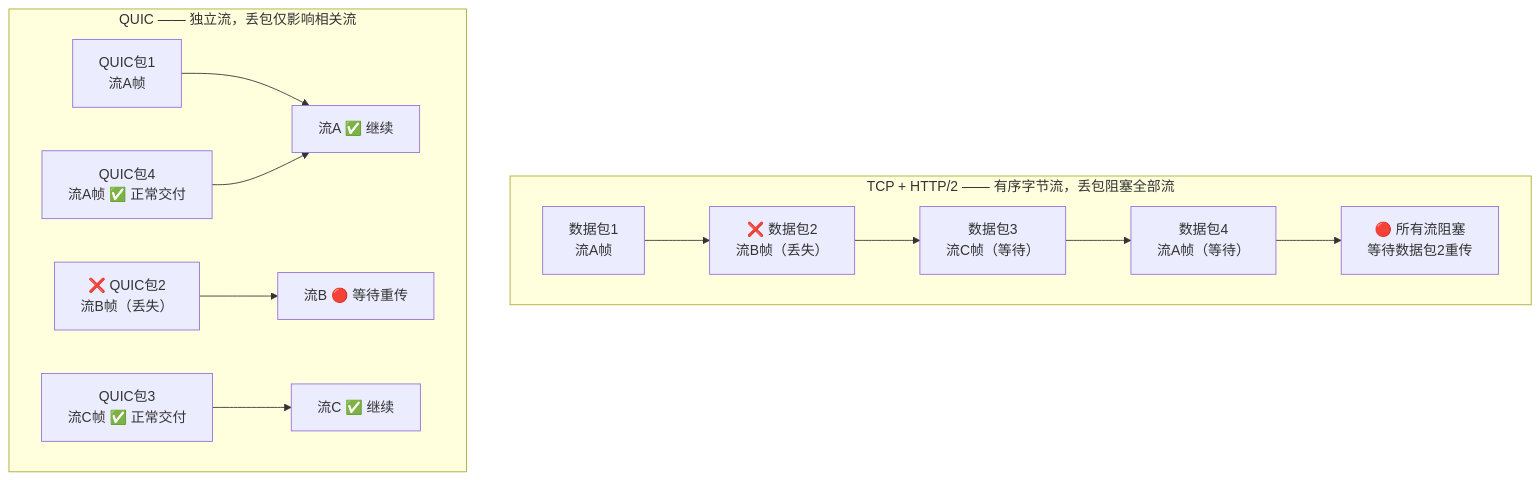
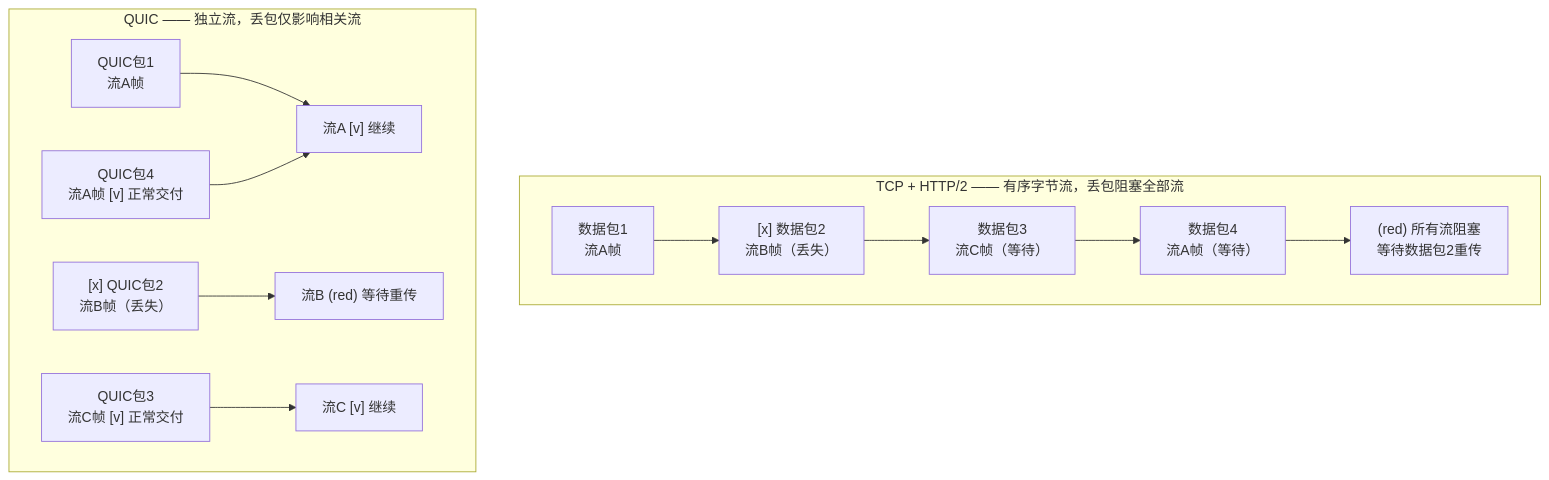
Before and after one commit to SKT-Shurima/NetworkMastery: the third of 5 diagrams in docs/guide/basics/quic-http3.md, drawn with Mermaid. The commit also changed other lines of this file and 26 other files, not shown here.

````diff
--- a/docs/guide/basics/quic-http3.md
+++ b/docs/guide/basics/quic-http3.md
@@ -113,26 +113,26 @@
 ```mermaid
 graph TB
     subgraph TCP["TCP + HTTP/2 —— 有序字节流，丢包阻塞全部流"]
         direction LR
         T_PKT1["数据包1\n流A帧"]
-        T_PKT2["❌ 数据包2\n流B帧（丢失）"]
+        T_PKT2["[x] 数据包2\n流B帧（丢失）"]
         T_PKT3["数据包3\n流C帧（等待）"]
         T_PKT4["数据包4\n流A帧（等待）"]
         T_PKT1 --> T_PKT2 --> T_PKT3 --> T_PKT4
-        T_BLOCK["🔴 所有流阻塞\n等待数据包2重传"]
+        T_BLOCK["(red) 所有流阻塞\n等待数据包2重传"]
         T_PKT4 --> T_BLOCK
     end
 
     subgraph QUIC_LAYER["QUIC —— 独立流，丢包仅影响相关流"]
         direction LR
         Q_PKT1["QUIC包1\n流A帧"]
-        Q_PKT2["❌ QUIC包2\n流B帧（丢失）"]
-        Q_PKT3["QUIC包3\n流C帧 ✅ 正常交付"]
-        Q_PKT4["QUIC包4\n流A帧 ✅ 正常交付"]
+        Q_PKT2["[x] QUIC包2\n流B帧（丢失）"]
+        Q_PKT3["QUIC包3\n流C帧 [v] 正常交付"]
+        Q_PKT4["QUIC包4\n流A帧 [v] 正常交付"]
 
-        Q_PKT1 --> Q_STREAM_A["流A ✅ 继续"]
-        Q_PKT2 --> Q_STREAM_B["流B 🔴 等待重传"]
-        Q_PKT3 --> Q_STREAM_C["流C ✅ 继续"]
+        Q_PKT1 --> Q_STREAM_A["流A [v] 继续"]
+        Q_PKT2 --> Q_STREAM_B["流B (red) 等待重传"]
+        Q_PKT3 --> Q_STREAM_C["流C [v] 继续"]
         Q_PKT4 --> Q_STREAM_A
     end
 ```
````
